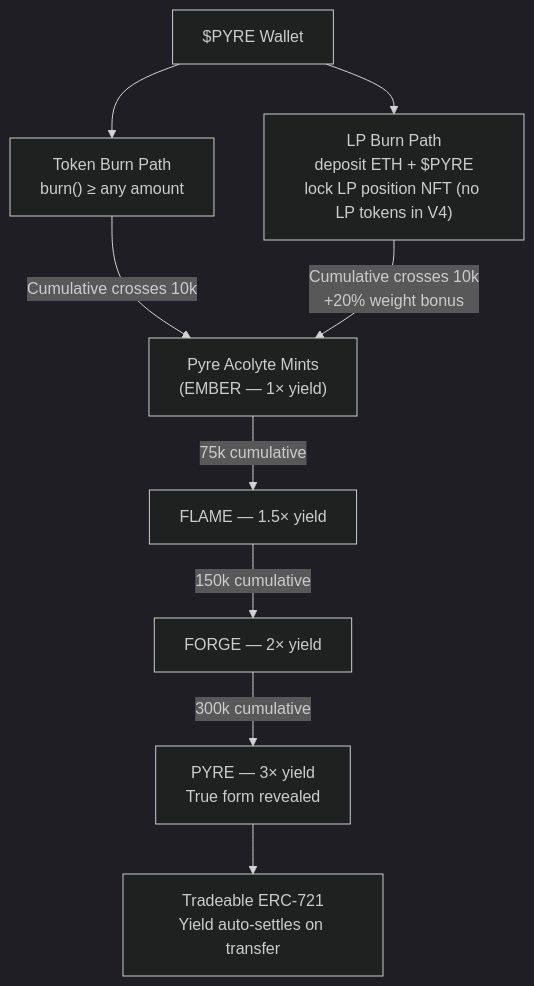
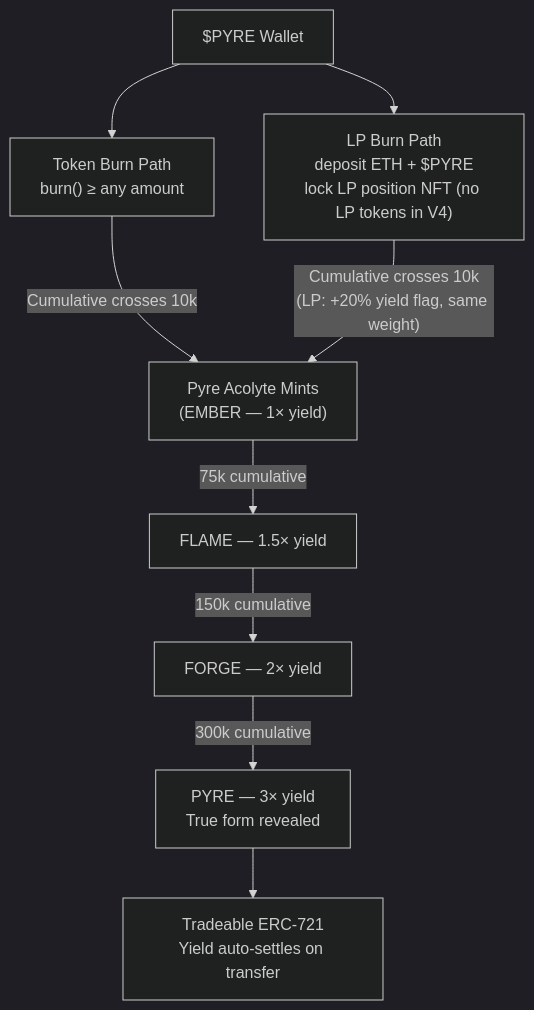
The fifth of 5 diagrams in MAP.md (DhruvGodambe/pyre-frontend), drawn with Mermaid (dark theme) before and after one commit. The commit also changed other lines of this file and 30 other files, not shown here.

````diff
--- a/MAP.md
+++ b/MAP.md
@@ -109,14 +109,14 @@
 ```mermaid
 flowchart TD
     W["$PYRE Wallet"] --> B1["Token Burn Path\nburn() ≥ any amount"]
     W --> B2["LP Burn Path\ndeposit ETH + $PYRE\nlock LP position NFT (no LP tokens in V4)"]
 
     B1 -->|"Cumulative crosses 10k"| MINT["Pyre Acolyte Mints\n(EMBER — 1× yield)"]
-    B2 -->|"Cumulative crosses 10k\n+20% weight bonus"| MINT
+    B2 -->|"Cumulative crosses 10k\n(LP: +20% yield flag, same weight)"| MINT
 
     MINT -->|"75k cumulative"| FL["FLAME — 1.5× yield"]
     FL -->|"150k cumulative"| FO["FORGE — 2× yield"]
     FO -->|"300k cumulative"| PY["PYRE — 3× yield\nTrue form revealed"]
 
     PY --> TRADE["Tradeable ERC-721\nYield auto-settles on transfer"]
 ```
````
